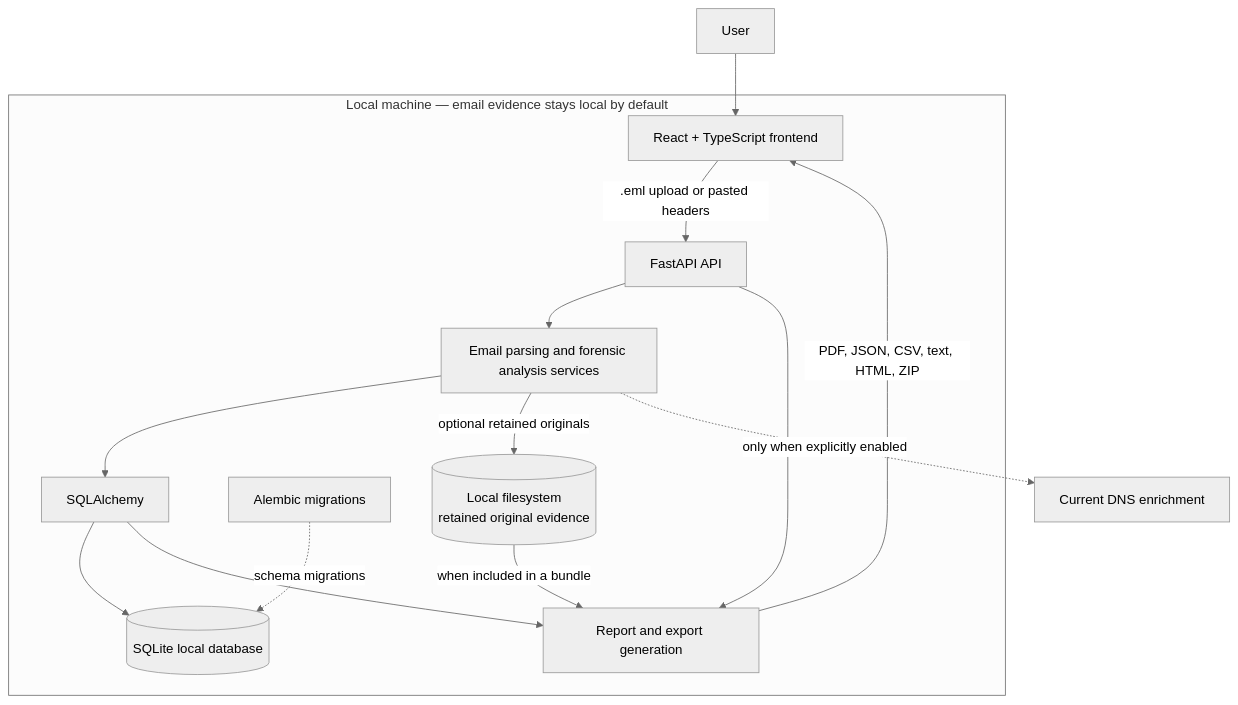
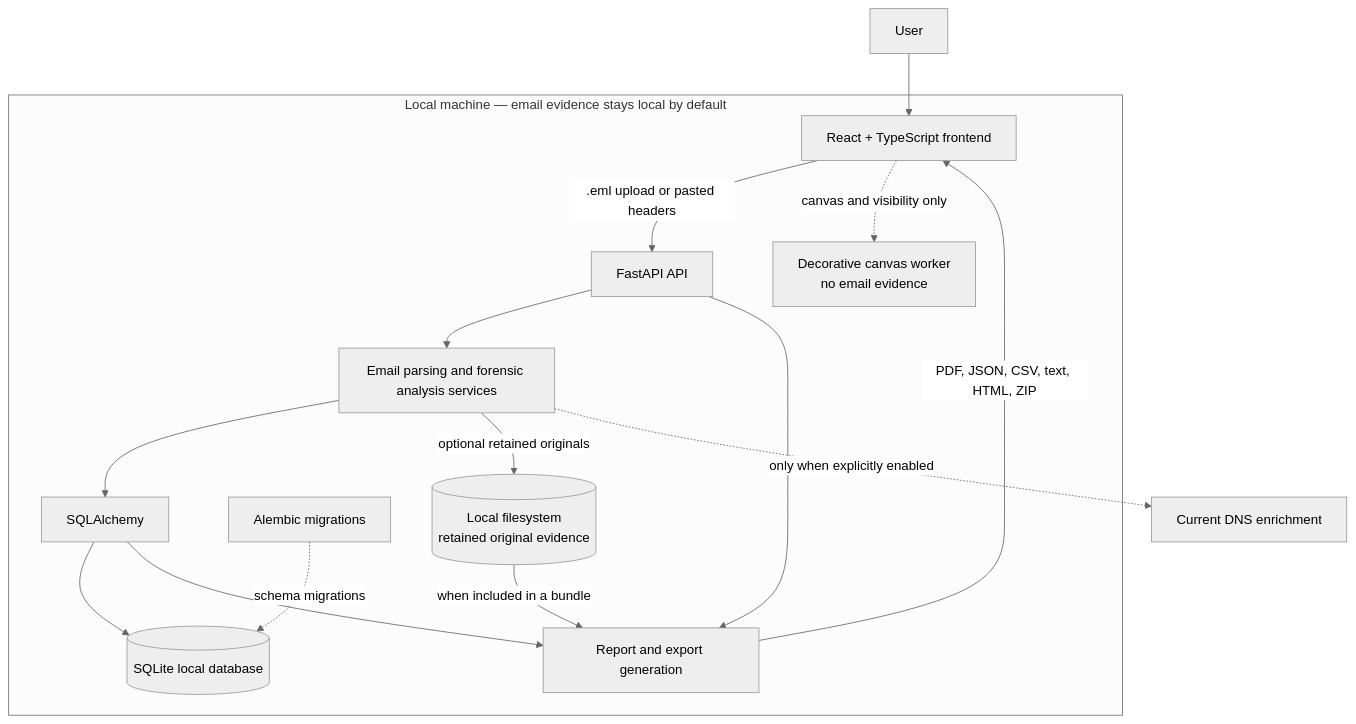
Before and after one commit to mosaddiqurr/MailTrace: the diagram in docs/ARCHITECTURE.md, drawn with Mermaid (neutral theme). The commit also changed other lines of this file and 45 other files, not shown here.

````diff
--- a/docs/ARCHITECTURE.md
+++ b/docs/ARCHITECTURE.md
@@ -9,29 +11,31 @@
 ```mermaid
 flowchart TB
     User[User]
 
     subgraph Local[Local machine — email evidence stays local by default]
         UI[React + TypeScript frontend]
+        Visual[Decorative canvas worker<br/>no email evidence]
         API[FastAPI API]
         Services[Email parsing and forensic analysis services]
         ORM[SQLAlchemy]
         DB[(SQLite local database)]
         Migrations[Alembic migrations]
         Evidence[(Local filesystem<br/>retained original evidence)]
         Reports[Report and export generation]
 
         UI -->|.eml upload or pasted headers| API
+        UI -. canvas and visibility only .-> Visual
         API --> Services
         Services --> ORM
         ORM --> DB
         Migrations -. schema migrations .-> DB
         Services -->|optional retained originals| Evidence
         API --> Reports
         ORM --> Reports
         Evidence -->|when included in a bundle| Reports
         Reports -->|PDF, JSON, CSV, text, HTML, ZIP| UI
     end
 
     User --> UI
     Services -. only when explicitly enabled .-> DNS[Current DNS enrichment]
 ```
````
